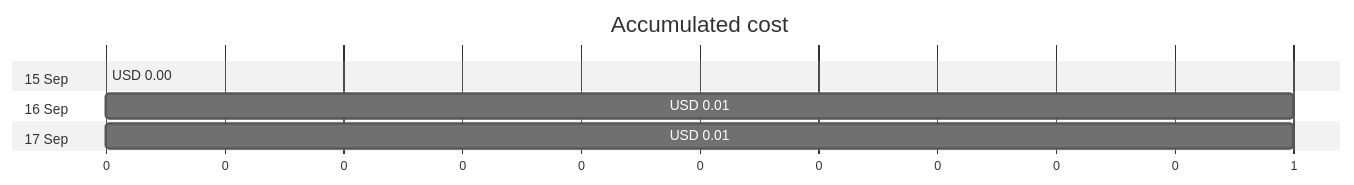
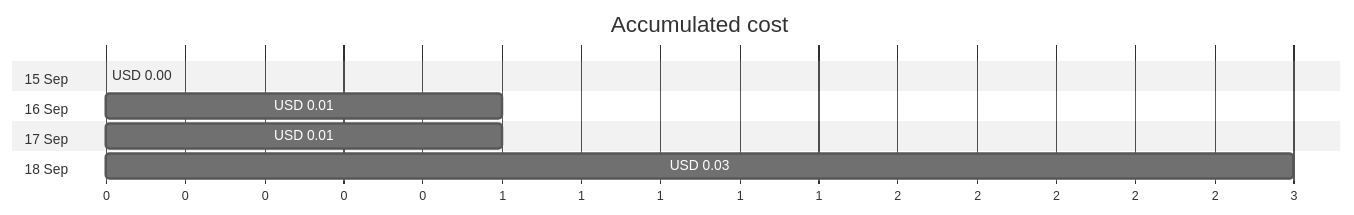
The first of 4 diagrams in cost-reports/personal-network/ubuntu-backup-server-spot_OsDisk_snapshot_20030915.md (jpfulton/azure-personal-reports), drawn with Mermaid (neutral theme) before and after one commit. The commit also changed other lines of this file and 17 other files, not shown here.

````diff
--- a/cost-reports/personal-network/ubuntu-backup-server-spot_OsDisk_snapshot_20030915.md
+++ b/cost-reports/personal-network/ubuntu-backup-server-spot_OsDisk_snapshot_20030915.md
@@ -20,12 +20,14 @@
 ```mermaid
 gantt
    title Accumulated cost
    dateFormat  X
    axisFormat %s
    section 15 Sep
    USD 0.00 :0, 0
    section 16 Sep
    USD 0.01 :0, 1
    section 17 Sep
    USD 0.01 :0, 1
+   section 18 Sep
+   USD 0.03 :0, 3
 ```
````
